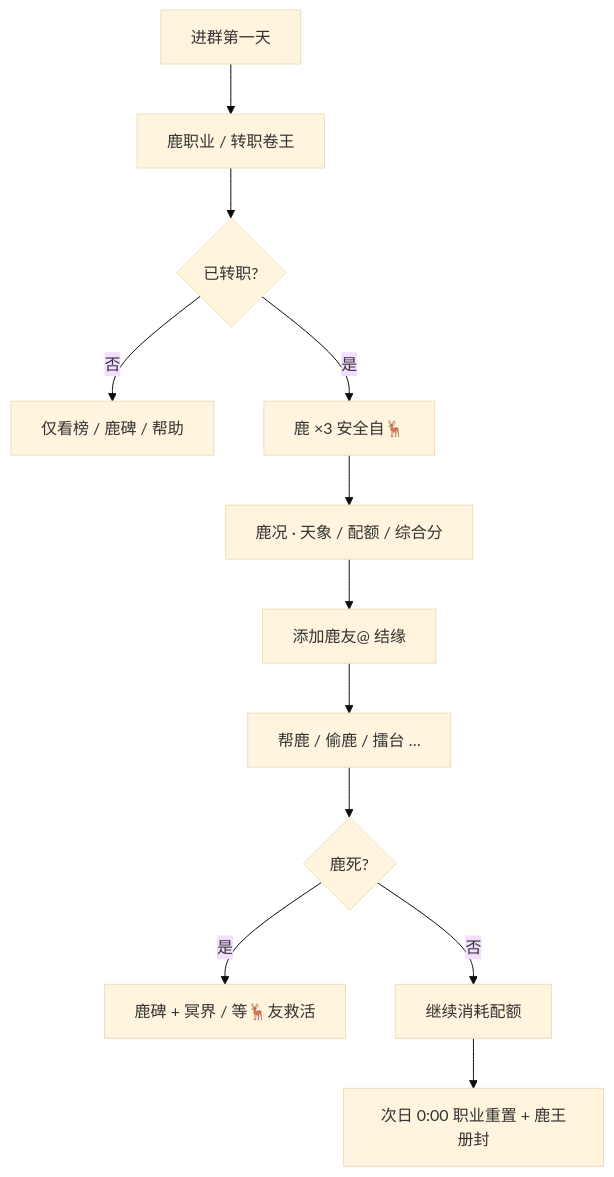
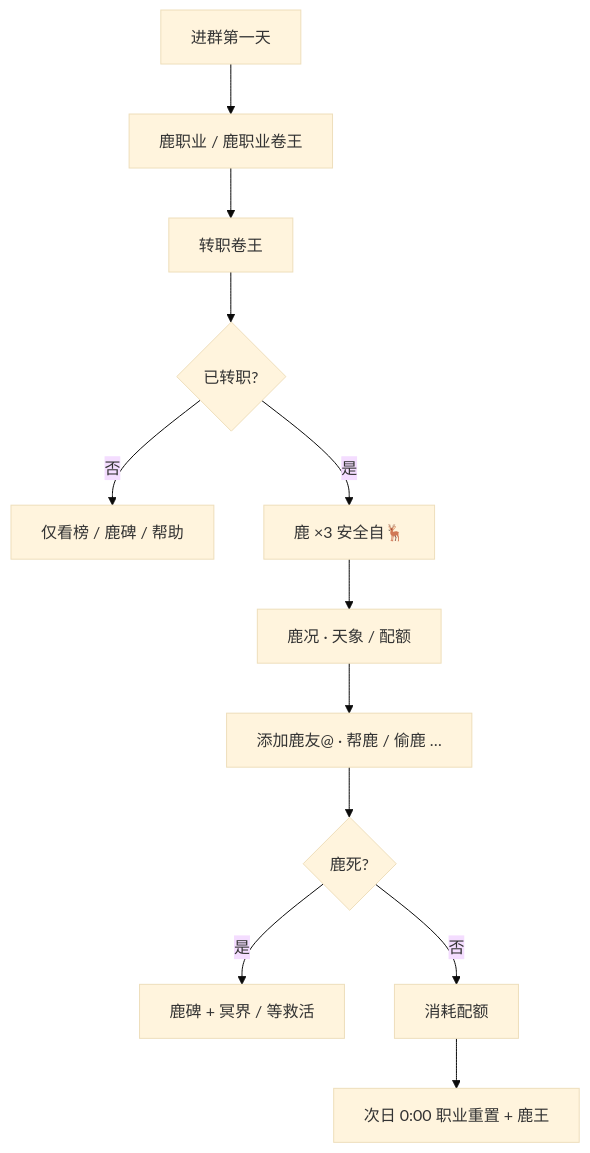
The first of 2 diagrams in README.md (sunflowermm/yunzai-plugin-deer-pipe), drawn with Mermaid (base theme) before and after one commit. The commit also changed other lines of this file, not shown here.

````diff
--- a/README.md
+++ b/README.md
@@ -124,14 +83,14 @@
 ```mermaid
 flowchart TD
-    A["进群第一天"] --> B["鹿职业 / 转职卷王"]
-    B --> C{"已转职?"}
-    C -->|否| D["仅看榜 / 鹿碑 / 帮助"]
-    C -->|是| E["鹿 ×3 安全自🦌"]
-    E --> F["鹿况 · 天象 / 配额 / 综合分"]
-    F --> G["添加鹿友@ 结缘"]
-    G --> H["帮鹿 / 偷鹿 / 擂台 …"]
+    A["进群第一天"] --> B["鹿职业 / 鹿职业卷王"]
+    B --> C["转职卷王"]
+    C --> D{"已转职?"}
+    D -->|否| E["仅看榜 / 鹿碑 / 帮助"]
+    D -->|是| F["鹿 ×3 安全自🦌"]
+    F --> G["鹿况 · 天象 / 配额"]
+    G --> H["添加鹿友@ · 帮鹿 / 偷鹿 …"]
     H --> I{"鹿死?"}
-    I -->|是| J["鹿碑 + 冥界 / 等🦌友救活"]
-    I -->|否| K["继续消耗配额"]
-    K --> L["次日 0:00 职业重置 + 鹿王册封"]
+    I -->|是| J["鹿碑 + 冥界 / 等救活"]
+    I -->|否| K["消耗配额"]
+    K --> L["次日 0:00 职业重置 + 鹿王"]
 ```
````
